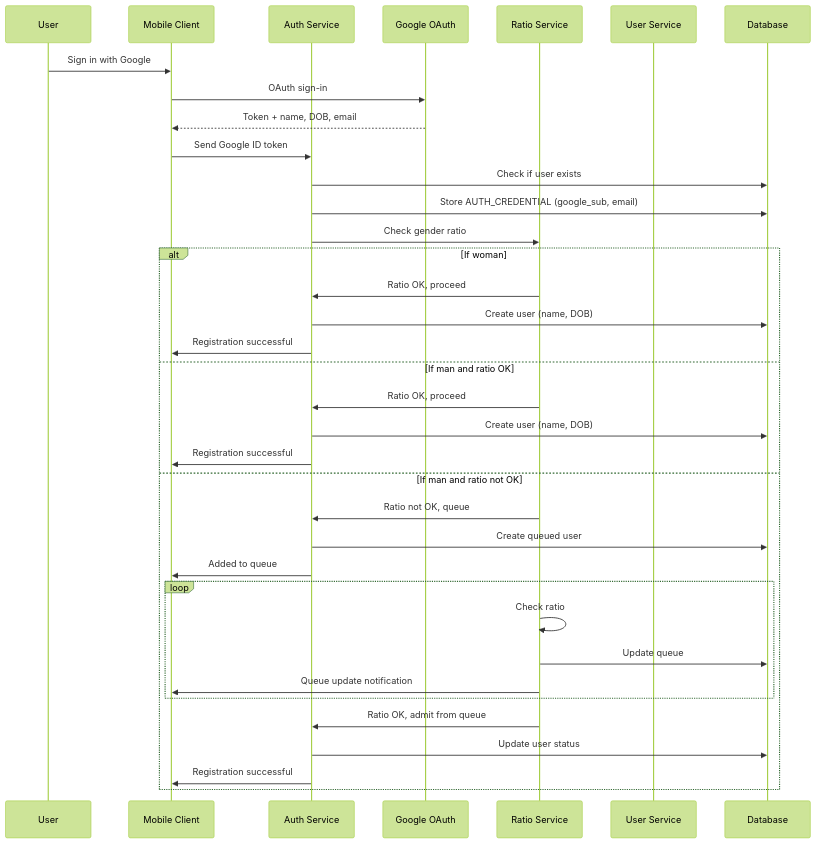
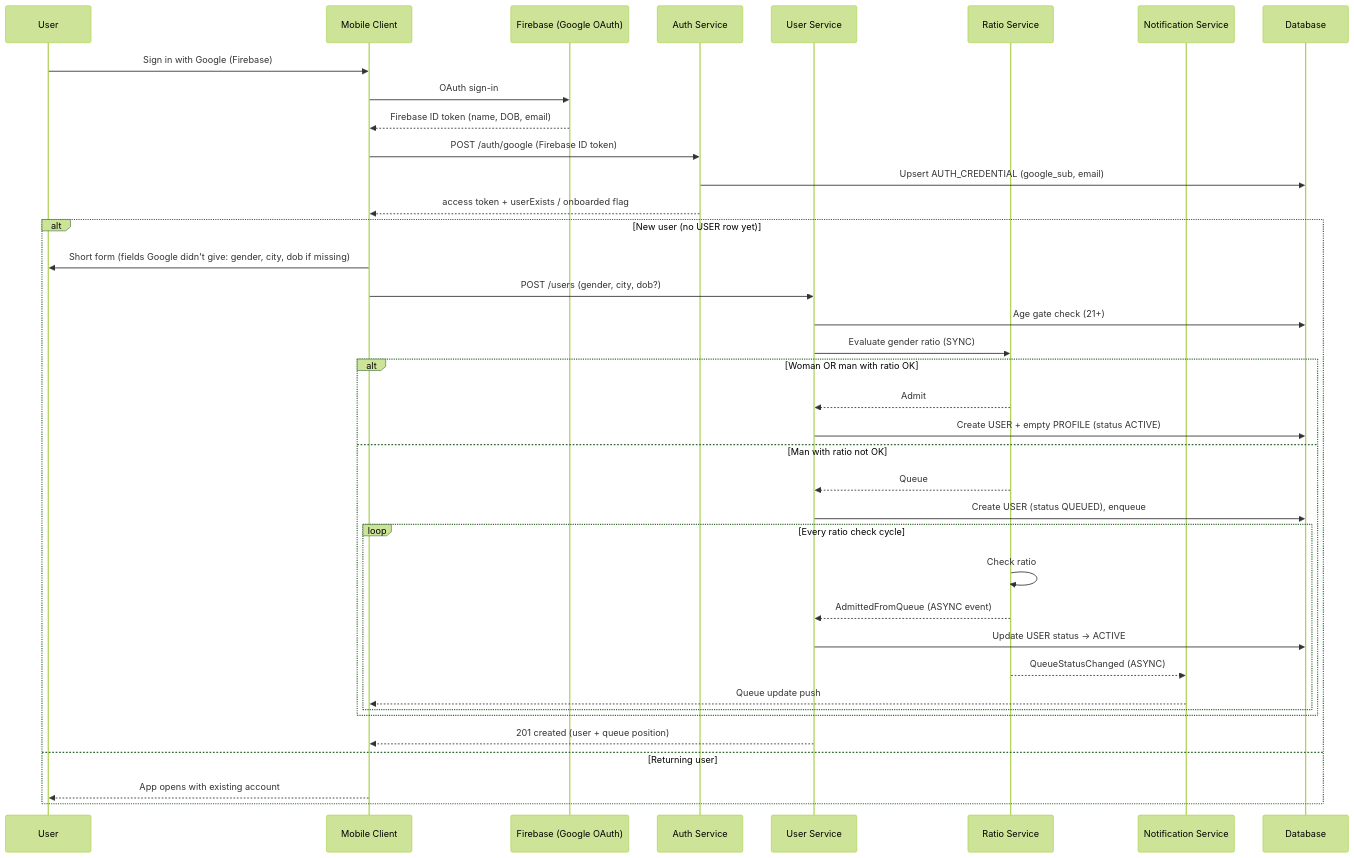
One commit to cheetah-org/fold-design changed the diagram in core-flow/reg-flow.md. Above: the diagram before and after it, drawn with Mermaid (forest theme). The commit also changed 5 other files, not shown here.

````diff
--- a/core-flow/reg-flow.md
+++ b/core-flow/reg-flow.md
@@ -1,39 +1,42 @@
 ```mermaid
 sequenceDiagram
     participant User as User
     participant Client as Mobile Client
+    participant Firebase as Firebase (Google OAuth)
     participant Auth as Auth Service
-    participant Google as Google OAuth
+    participant UserSvc as User Service
     participant Ratio as Ratio Service
-    participant UserSvc as User Service
+    participant Notif as Notification Service
     participant DB as Database
 
-    User ->> Client: Sign in with Google
-    Client ->> Google: OAuth sign-in
-    Google -->> Client: Token + name, DOB, email
-    Client ->> Auth: Send Google ID token
-    Auth ->> DB: Check if user exists
-    Auth ->> DB: Store AUTH_CREDENTIAL (google_sub, email)
-    Auth ->> Ratio: Check gender ratio
-    alt If woman
-        Ratio ->> Auth: Ratio OK, proceed
-        Auth ->> DB: Create user (name, DOB)
-        Auth ->> Client: Registration successful
-    else If man and ratio OK
-        Ratio ->> Auth: Ratio OK, proceed
-        Auth ->> DB: Create user (name, DOB)
-        Auth ->> Client: Registration successful
-    else If man and ratio not OK
-        Ratio ->> Auth: Ratio not OK, queue
-        Auth ->> DB: Create queued user
-        Auth ->> Client: Added to queue
-        loop
-            Ratio ->> Ratio: Check ratio
-            Ratio ->> DB: Update queue
-            Ratio ->> Client: Queue update notification
+    User ->> Client: Sign in with Google (Firebase)
+    Client ->> Firebase: OAuth sign-in
+    Firebase -->> Client: Firebase ID token (name, DOB, email)
+    Client ->> Auth: POST /auth/google (Firebase ID token)
+    Auth ->> DB: Upsert AUTH_CREDENTIAL (google_sub, email)
+    Auth -->> Client: access token + userExists / onboarded flag
+
+    alt New user (no USER row yet)
+        Client ->> User: Short form (fields Google didn't give: gender, city, dob if missing)
+        Client ->> UserSvc: POST /users (gender, city, dob?)
+        UserSvc ->> DB: Age gate check (21+)
+        UserSvc ->> Ratio: Evaluate gender ratio (SYNC)
+        alt Woman OR man with ratio OK
+            Ratio -->> UserSvc: Admit
+            UserSvc ->> DB: Create USER + empty PROFILE (status ACTIVE)
+        else Man with ratio not OK
+            Ratio -->> UserSvc: Queue
+            UserSvc ->> DB: Create USER (status QUEUED), enqueue
+            loop Every ratio check cycle
+                Ratio ->> Ratio: Check ratio
+                Ratio -->> UserSvc: AdmittedFromQueue (ASYNC event)
+                UserSvc ->> DB: Update USER status -> ACTIVE
+                Ratio -->> Notif: QueueStatusChanged (ASYNC)
+                Notif -->> Client: Queue update push
+            end
         end
-        Ratio ->> Auth: Ratio OK, admit from queue
-        Auth ->> DB: Update user status
-        Auth ->> Client: Registration successful
+        UserSvc -->> Client: 201 created (user + queue position)
+    else Returning user
+        Client -->> User: App opens with existing account
     end
 ```
````
